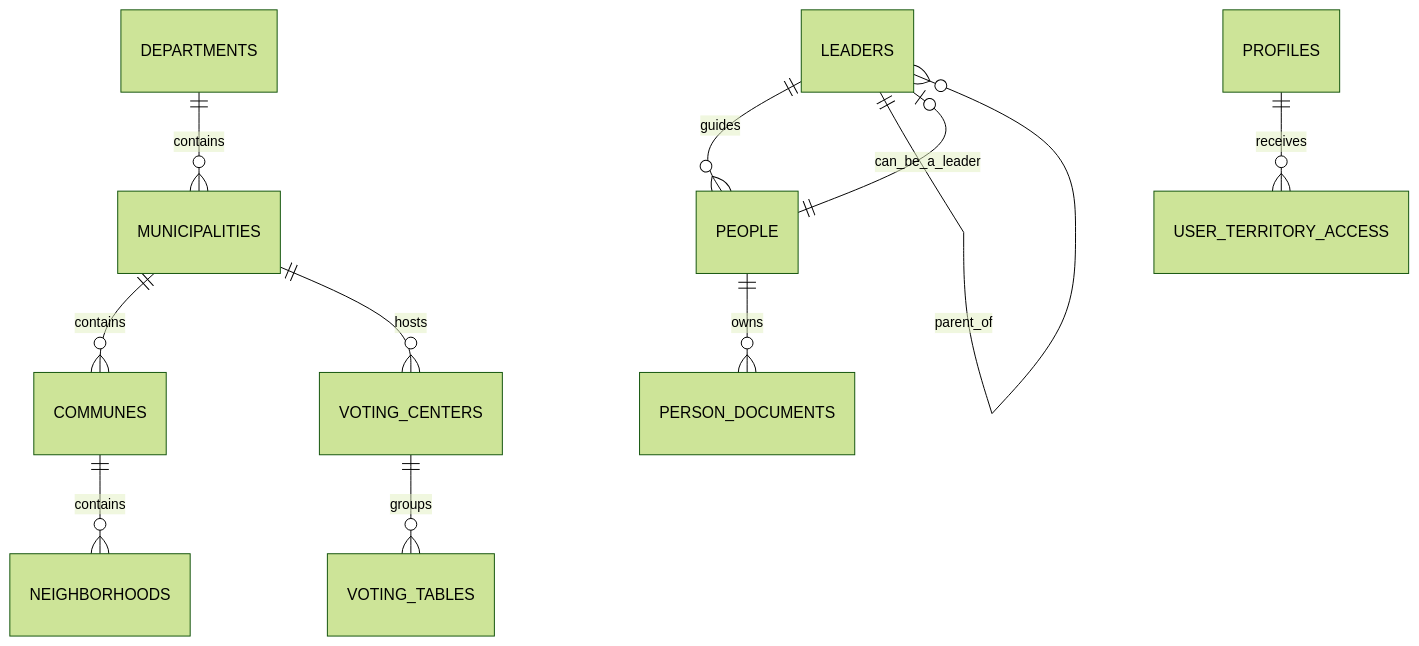
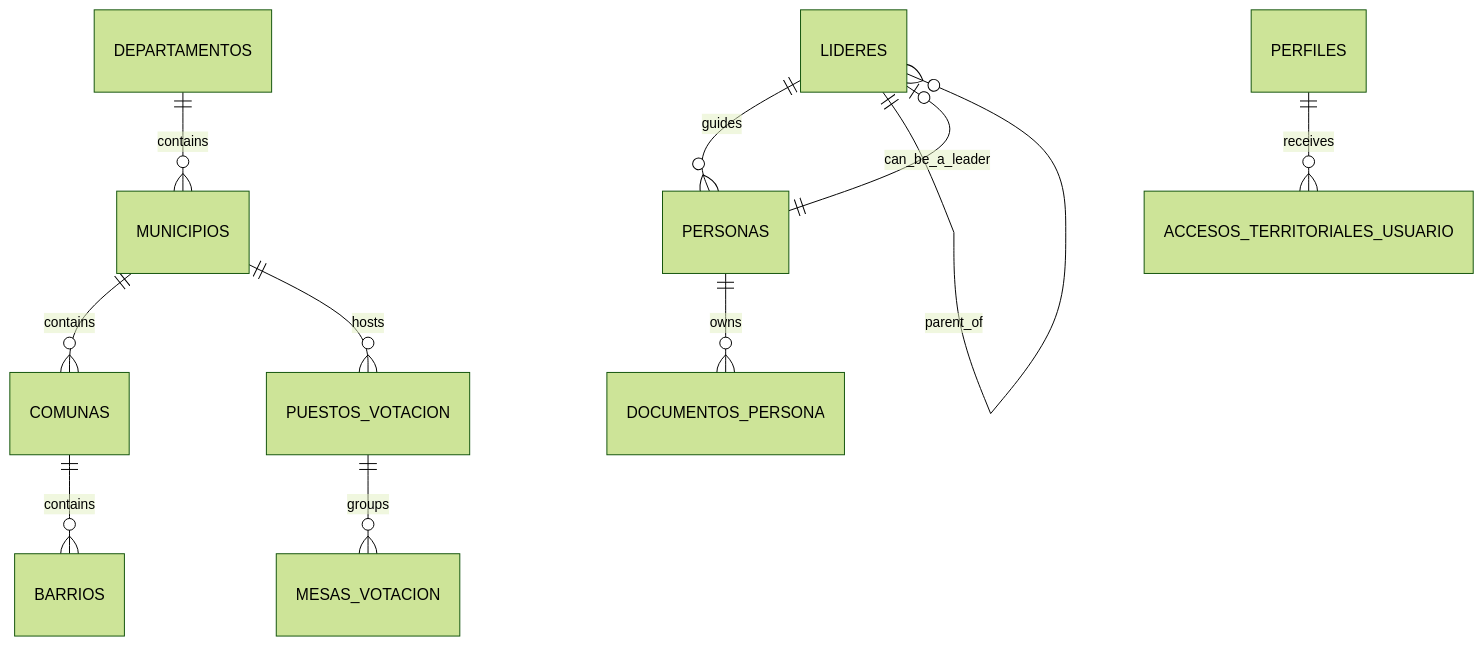
Before and after one commit to MarySuarezJ/DrJahir: the diagram in docs/02-database.md, drawn with Mermaid (forest theme). The commit also changed other lines of this file and 9 other files, not shown here.

````diff
--- a/docs/02-database.md
+++ b/docs/02-database.md
@@ -86,13 +86,13 @@
 ```mermaid
 erDiagram
-    DEPARTMENTS ||--o{ MUNICIPALITIES : contains
-    MUNICIPALITIES ||--o{ COMMUNES : contains
-    COMMUNES ||--o{ NEIGHBORHOODS : contains
-    MUNICIPALITIES ||--o{ VOTING_CENTERS : hosts
-    VOTING_CENTERS ||--o{ VOTING_TABLES : groups
-    LEADERS ||--o{ PEOPLE : guides
-    PEOPLE ||--o{ PERSON_DOCUMENTS : owns
-    PROFILES ||--o{ USER_TERRITORY_ACCESS : receives
-    PEOPLE ||--o| LEADERS : can_be_a_leader
-    LEADERS ||--o{ LEADERS : parent_of
+    DEPARTAMENTOS ||--o{ MUNICIPIOS : contains
+    MUNICIPIOS ||--o{ COMUNAS : contains
+    COMUNAS ||--o{ BARRIOS : contains
+    MUNICIPIOS ||--o{ PUESTOS_VOTACION : hosts
+    PUESTOS_VOTACION ||--o{ MESAS_VOTACION : groups
+    LIDERES ||--o{ PERSONAS : guides
+    PERSONAS ||--o{ DOCUMENTOS_PERSONA : owns
+    PERFILES ||--o{ ACCESOS_TERRITORIALES_USUARIO : receives
+    PERSONAS ||--o| LIDERES : can_be_a_leader
+    LIDERES ||--o{ LIDERES : parent_of
 ```
````
